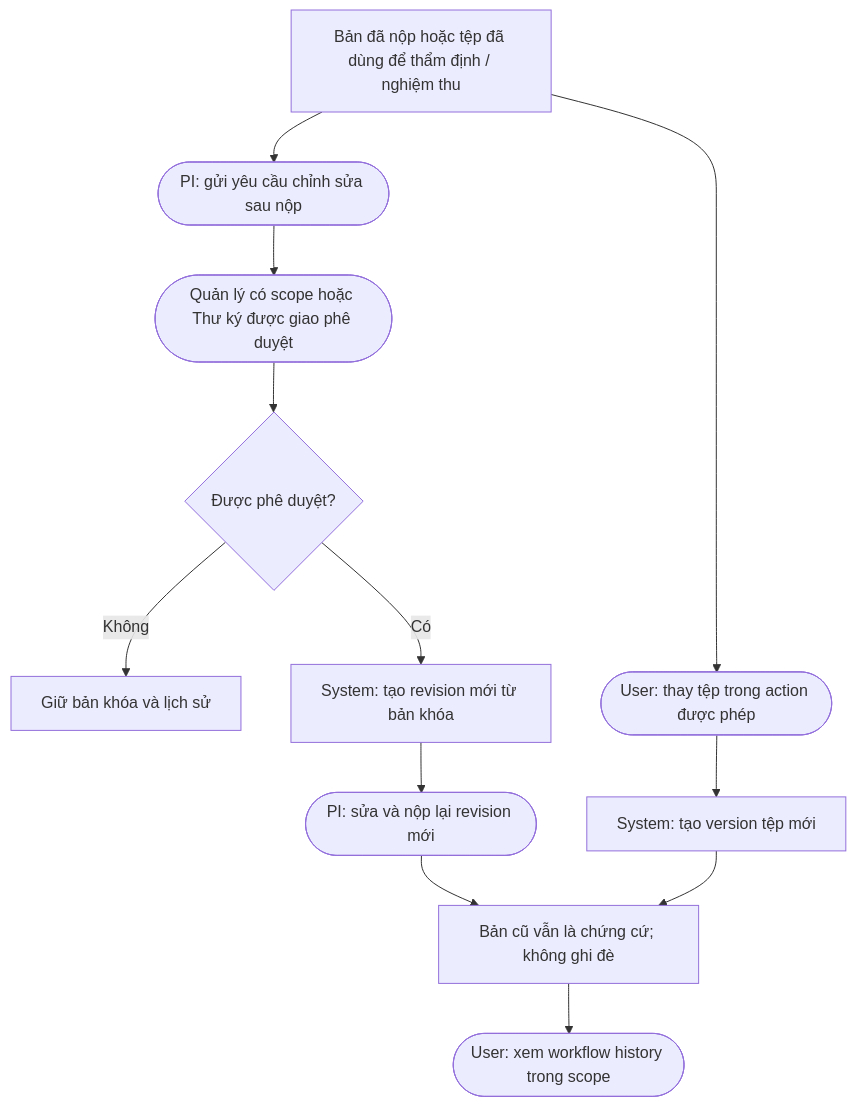
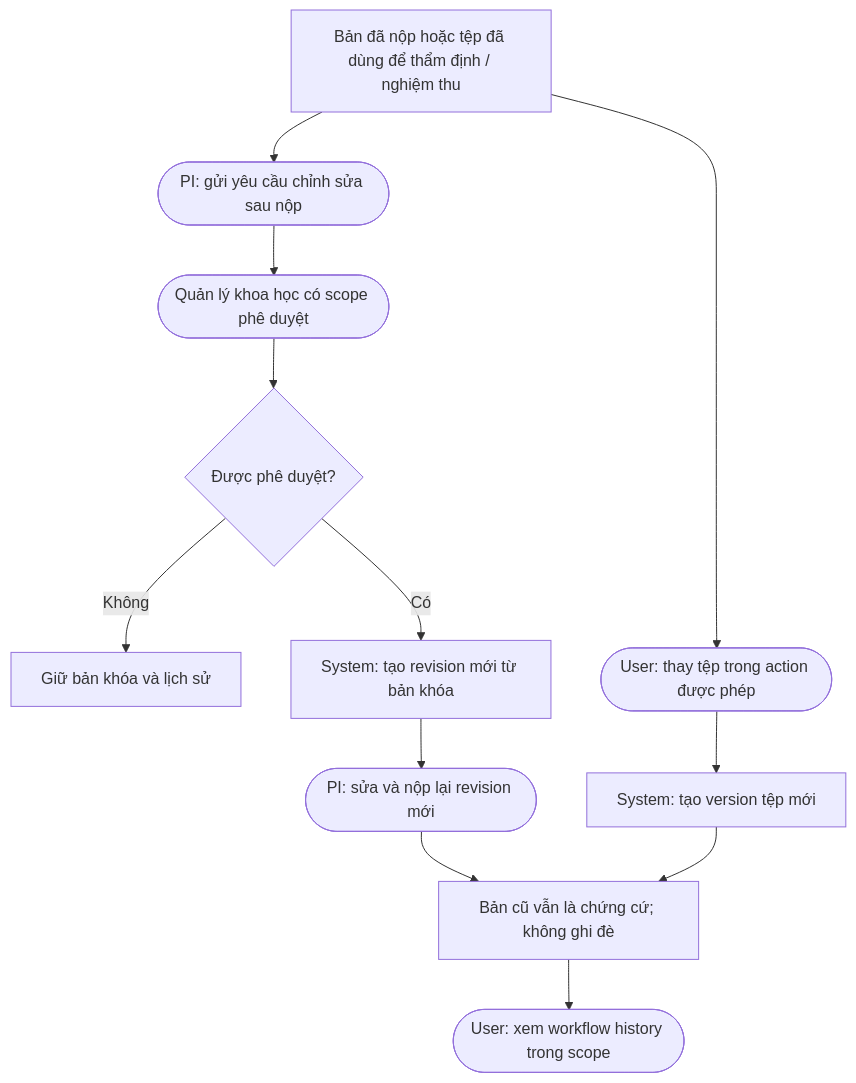
Before and after one commit to thanhdotien278/DocManS: the diagram in docs/diagrams/version-management.md, drawn with Mermaid. The commit also changed 66 other files, not shown here.

````diff
--- a/docs/diagrams/version-management.md
+++ b/docs/diagrams/version-management.md
@@ -3,20 +3,20 @@
 ```mermaid
 flowchart TD
   locked["Bản đã nộp hoặc tệp đã dùng để thẩm định / nghiệm thu"]
   edit_request(["PI: gửi yêu cầu chỉnh sửa sau nộp"])
-  staff_approval(["Quản lý có scope hoặc Thư ký được giao phê duyệt"])
+  staff_approval(["Quản lý khoa học có scope phê duyệt"])
   approved{"Được phê duyệt?"}
   unchanged["Giữ bản khóa và lịch sử"]
   new_revision["System: tạo revision mới từ bản khóa"]
   current(["PI: sửa và nộp lại revision mới"])
   old_kept["Bản cũ vẫn là chứng cứ; không ghi đè"]
   file_replace(["User: thay tệp trong action được phép"])
   file_version["System: tạo version tệp mới"]
   history(["User: xem workflow history trong scope"])
 
   locked --> edit_request --> staff_approval --> approved
   approved -- "Không" --> unchanged
   approved -- "Có" --> new_revision --> current --> old_kept
   locked --> file_replace --> file_version --> old_kept
   old_kept --> history
 ```
````
